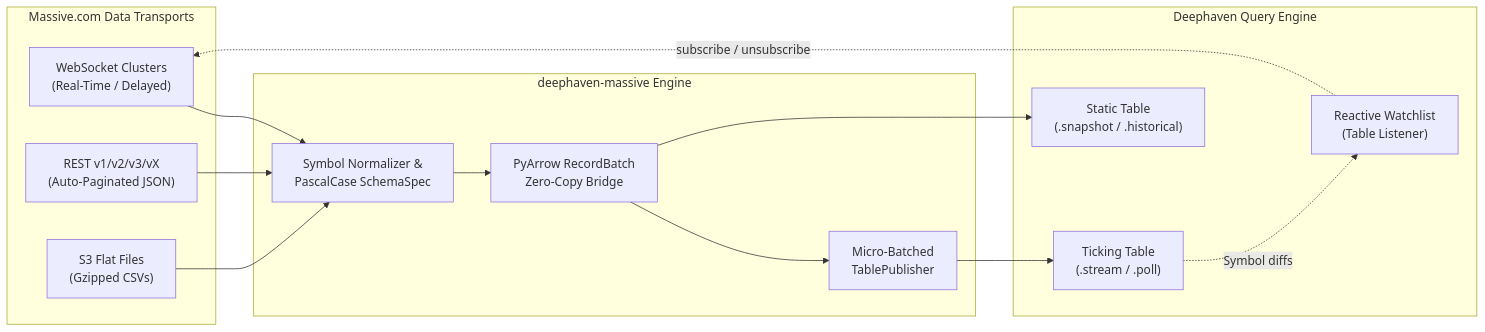
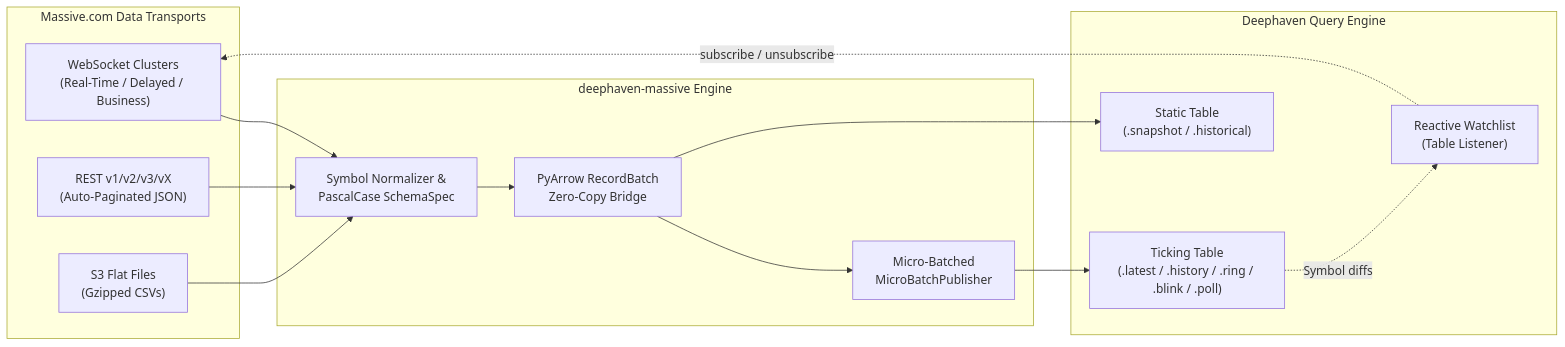
Before and after one commit to chipkent/deephaven-massive: the diagram in README.md, drawn with Mermaid. The commit also changed other lines of this file and 9 other files, not shown here.

````diff
--- a/README.md
+++ b/README.md
@@ -74,30 +77,30 @@
 ```mermaid
 flowchart LR
     subgraph Sources["Massive.com Data Transports"]
-        WS["WebSocket Clusters\n(Real-Time / Delayed)"]
+        WS["WebSocket Clusters\n(Real-Time / Delayed / Business)"]
         REST["REST v1/v2/v3/vX\n(Auto-Paginated JSON)"]
         S3["S3 Flat Files\n(Gzipped CSVs)"]
     end
 
     subgraph Engine["deephaven-massive Engine"]
         Norm["Symbol Normalizer &\nPascalCase SchemaSpec"]
         Arrow["PyArrow RecordBatch\nZero-Copy Bridge"]
-        Pub["Micro-Batched\nTablePublisher"]
+        Pub["Micro-Batched\nMicroBatchPublisher"]
     end
 
     subgraph DH["Deephaven Query Engine"]
         Static["Static Table\n(.snapshot / .historical)"]
-        Ticking["Ticking Table\n(.stream / .poll)"]
+        Ticking["Ticking Table\n(.latest / .history / .ring / .blink / .poll)"]
         Watchlist["Reactive Watchlist\n(Table Listener)"]
     end
 
     WS --> Norm
     REST --> Norm
     S3 --> Norm
     Norm --> Arrow
     Arrow --> Pub
     Arrow --> Static
     Pub --> Ticking
     Ticking -. "Symbol diffs" .-> Watchlist
     Watchlist -. "subscribe / unsubscribe" .-> WS
 ```
````
